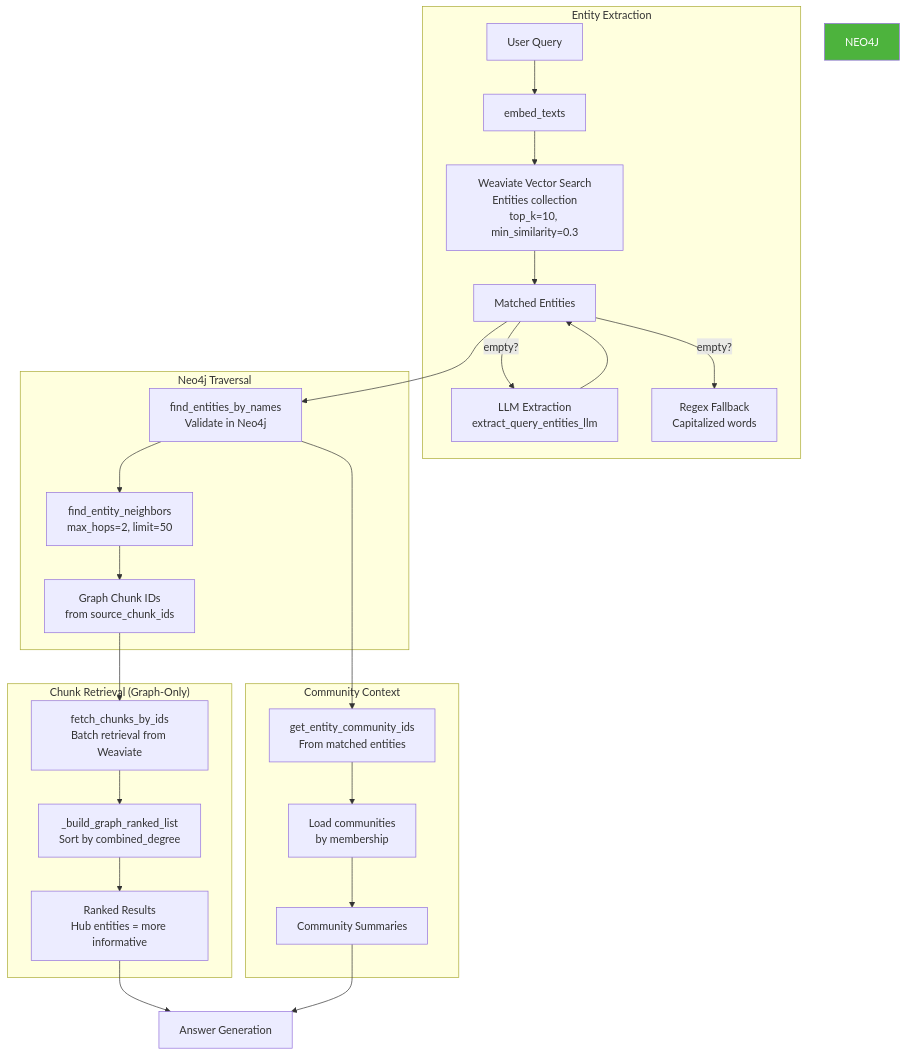
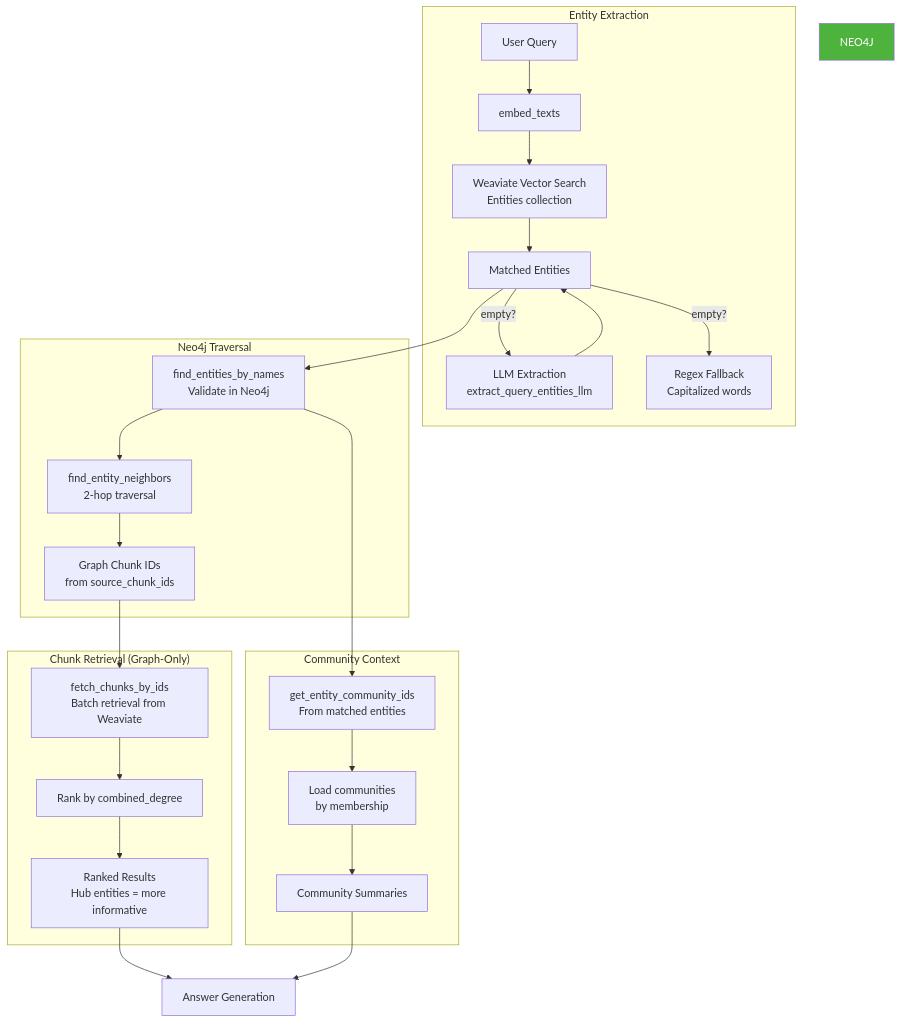
The seventh of 8 diagrams in memory-bank/graphrag/graphrag_raglab_implementation.md (crlsrmrlsz/raglab), drawn with Mermaid before and after one commit. The commit also changed other lines of this file, not shown here.

First line of the commit message:
fix(docs): resolve mermaid parsing errors in GraphRAG doc

````diff
--- a/memory-bank/graphrag/graphrag_raglab_implementation.md
+++ b/memory-bank/graphrag/graphrag_raglab_implementation.md
@@ -509,36 +509,36 @@
 ```mermaid
 flowchart TB
     subgraph EntityExtraction["Entity Extraction"]
         QUERY[User Query] --> EMBED[embed_texts]
-        EMBED --> SEARCH[Weaviate Vector Search<br/>Entities collection<br/>top_k=10, min_similarity=0.3]
+        EMBED --> SEARCH["Weaviate Vector Search<br/>Entities collection"]
         SEARCH --> ENTITIES[Matched Entities]
 
         ENTITIES --> |empty?| LLM_FALLBACK[LLM Extraction<br/>extract_query_entities_llm]
         LLM_FALLBACK --> ENTITIES
 
         ENTITIES --> |empty?| REGEX[Regex Fallback<br/>Capitalized words]
     end
 
     subgraph GraphTraversal["Neo4j Traversal"]
         ENTITIES --> VALIDATE[find_entities_by_names<br/>Validate in Neo4j]
-        VALIDATE --> TRAVERSE[find_entity_neighbors<br/>max_hops=2, limit=50]
+        VALIDATE --> TRAVERSE["find_entity_neighbors<br/>2-hop traversal"]
         TRAVERSE --> GRAPH_CHUNKS[Graph Chunk IDs<br/>from source_chunk_ids]
     end
 
     subgraph ChunkRetrieval["Chunk Retrieval (Graph-Only)"]
         GRAPH_CHUNKS --> FETCH[fetch_chunks_by_ids<br/>Batch retrieval from Weaviate]
-        FETCH --> RANK_GRAPH[_build_graph_ranked_list<br/>Sort by combined_degree]
+        FETCH --> RANK_GRAPH["Rank by combined_degree"]
         RANK_GRAPH --> RESULTS[Ranked Results<br/>Hub entities = more informative]
     end
 
     subgraph CommunityContext["Community Context"]
         VALIDATE --> COMM_IDS[get_entity_community_ids<br/>From matched entities]
         COMM_IDS --> LOAD_COMM[Load communities<br/>by membership]
         LOAD_COMM --> CONTEXT[Community Summaries]
     end
 
     RESULTS --> ANSWER[Answer Generation]
     CONTEXT --> ANSWER
 
     style NEO4J fill:#4db33d,color:white
 ```
````
